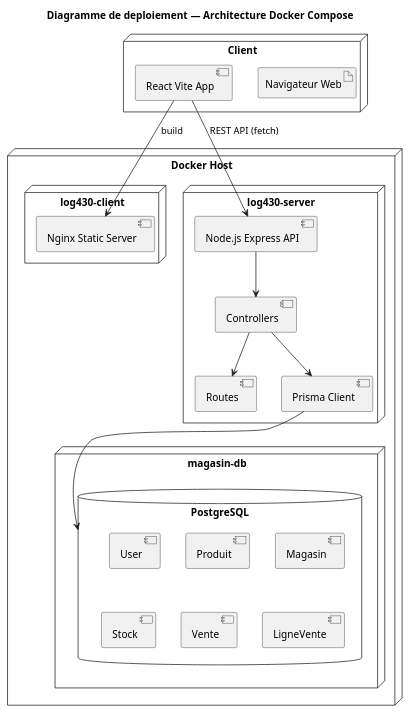
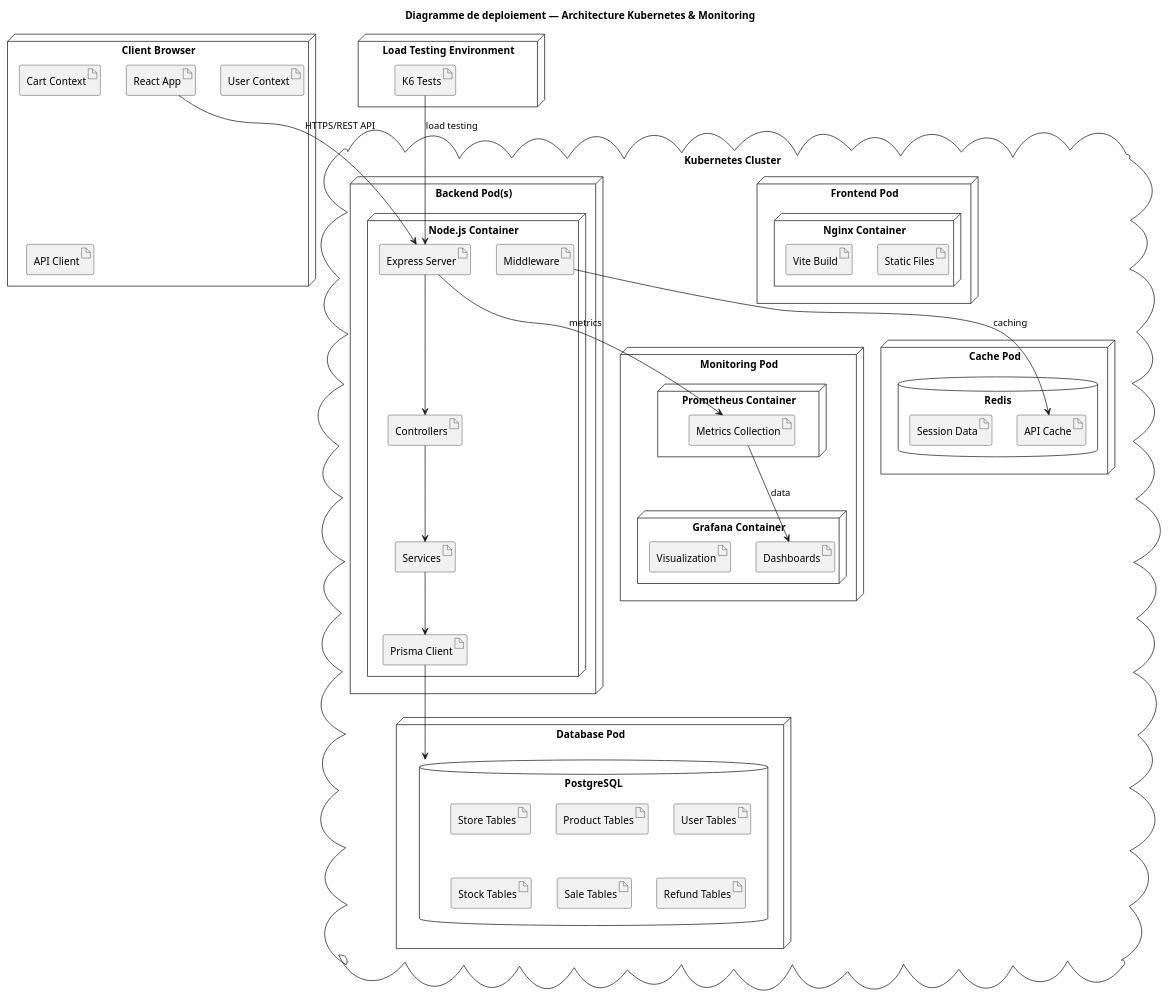
Before and after one commit to Minh-Khoi-Le/log430-lab4: the diagram in docs/UML/diagramme-deploiement.puml, drawn with PlantUML. The commit also changed 16 other files, not shown here.

Commit message:
Update UML diagrams and report

```diff
--- a/docs/UML/diagramme-deploiement.puml
+++ b/docs/UML/diagramme-deploiement.puml
@@ -1,37 +1,73 @@
 @startuml Diagramme de deploiement
-title Diagramme de deploiement — Architecture Docker Compose
+title Diagramme de deploiement — Architecture Kubernetes & Monitoring
 
-node "Client" {
-  artifact "Navigateur Web"
-  [React Vite App]
+node "Client Browser" {
+  artifact "React App" as ReactApp
+  artifact "Cart Context"
+  artifact "User Context"
+  artifact "API Client"
 }
 
-node "Docker Host" {
-  node "log430-client" {
-    [Nginx Static Server]
+cloud "Kubernetes Cluster" {
+  node "Frontend Pod" {
+    node "Nginx Container" {
+      artifact "Static Files"
+      artifact "Vite Build"
+    }
   }
-  node "log430-server" {
-    [Node.js Express API]
-    [Controllers]
-    [Routes]
-    [Prisma Client]
+  
+  node "Backend Pod(s)" {
+    node "Node.js Container" {
+      artifact "Express Server"
+      artifact "Controllers"
+      artifact "Services"
+      artifact "Middleware"
+      artifact "Prisma Client"
+    }
   }
-  node "magasin-db" {
+  
+  node "Database Pod" {
     database "PostgreSQL" as DB {
-      [User]
-      [Produit]
-      [Magasin]
-      [Stock]
-      [Vente]
-      [LigneVente]
+      artifact "Store Tables"
+      artifact "Product Tables"
+      artifact "User Tables"
+      artifact "Stock Tables"
+      artifact "Sale Tables"
+      artifact "Refund Tables"
+    }
+  }
+  
+  node "Cache Pod" {
+    database "Redis" {
+      artifact "API Cache"
+      artifact "Session Data"
+    }
+  }
+  
+  node "Monitoring Pod" {
+    node "Prometheus Container" {
+      artifact "Metrics Collection"
+    }
+    node "Grafana Container" {
+      artifact "Dashboards"
+      artifact "Visualization"
     }
   }
 }
 
-[React Vite App] -down-> [Nginx Static Server] : build
-[React Vite App] --> [Node.js Express API] : REST API (fetch)
-[Node.js Express API] --> [Controllers]
-[Controllers] --> [Routes]
-[Controllers] --> [Prisma Client]
-[Prisma Client] --> DB
+node "Load Testing Environment" {
+  artifact "K6 Tests"
+}
+
+' Connections
+ReactApp --> "Express Server" : HTTPS/REST API
+"Express Server" --> "Controllers"
+"Controllers" --> "Services"
+"Services" --> "Prisma Client"
+"Prisma Client" --> DB
+"Middleware" --> "API Cache" : caching
+"Express Server" --> "Metrics Collection" : metrics
+"Metrics Collection" --> "Dashboards" : data
+"K6 Tests" --> "Express Server" : load testing
+
 @enduml
```
